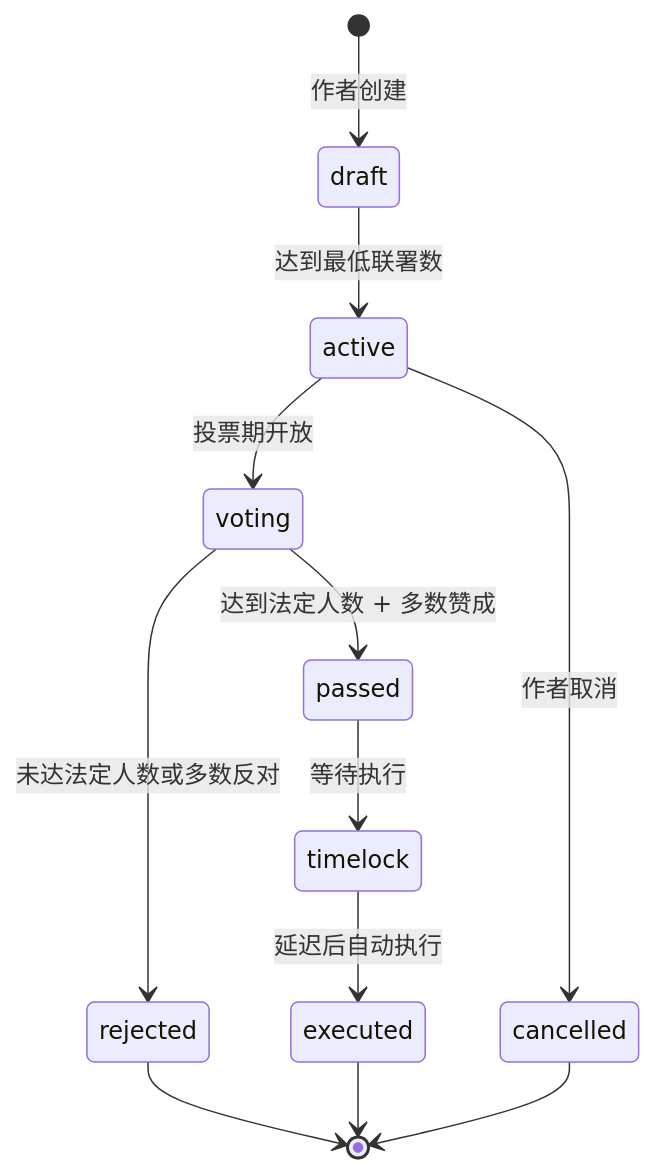
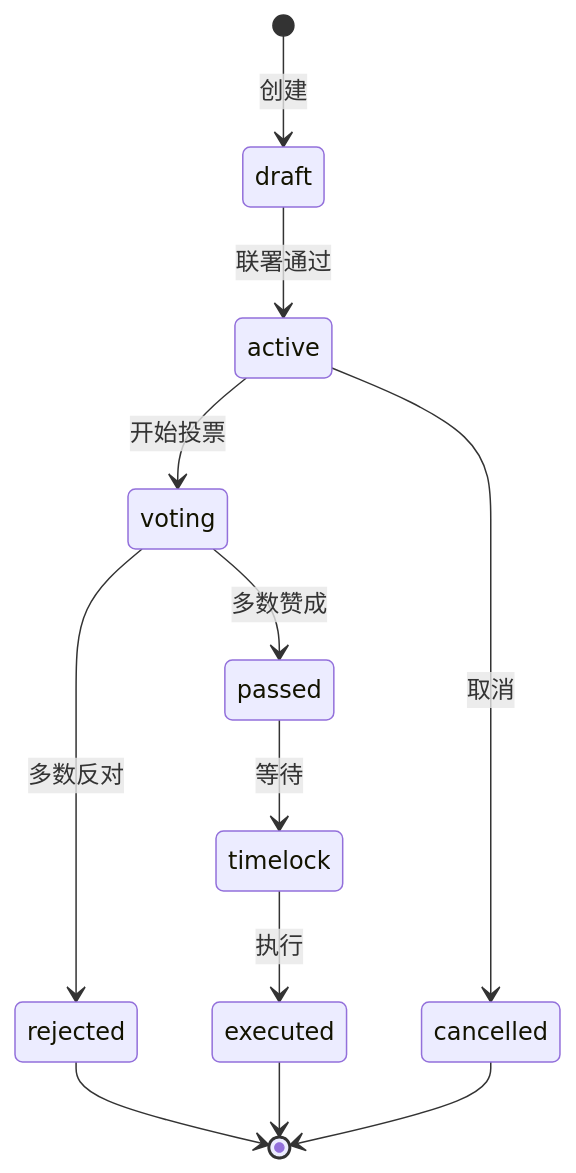
One commit to claw-network/clawnet changed the first of 3 diagrams in packages/docs/content/docs/getting-started/core-concepts/dao.zh.md. Above: the diagram before and after it, drawn with Mermaid. The commit also changed other lines of this file and 14 other files, not shown here.

First line of the commit message:
Refactor diagrams and improve clarity in DAO, Identity, Markets, Reputation, Service Contracts, and Wallet documentation

````diff
--- a/packages/docs/content/docs/getting-started/core-concepts/dao.zh.md
+++ b/packages/docs/content/docs/getting-started/core-concepts/dao.zh.md
@@ -26,14 +26,14 @@
 ```mermaid
 stateDiagram-v2
-    [*] --> draft: 作者创建
-    draft --> active: 达到最低联署数
-    active --> voting: 投票期开放
-    voting --> passed: 达到法定人数 + 多数赞成
-    voting --> rejected: 未达法定人数或多数反对
-    passed --> timelock: 等待执行
-    timelock --> executed: 延迟后自动执行
+    [*] --> draft : 创建
+    draft --> active : 联署通过
+    active --> voting : 开始投票
+    voting --> passed : 多数赞成
+    voting --> rejected : 多数反对
+    passed --> timelock : 等待
+    timelock --> executed : 执行
     rejected --> [*]
     executed --> [*]
-    active --> cancelled: 作者取消
+    active --> cancelled : 取消
     cancelled --> [*]
 ```
````
